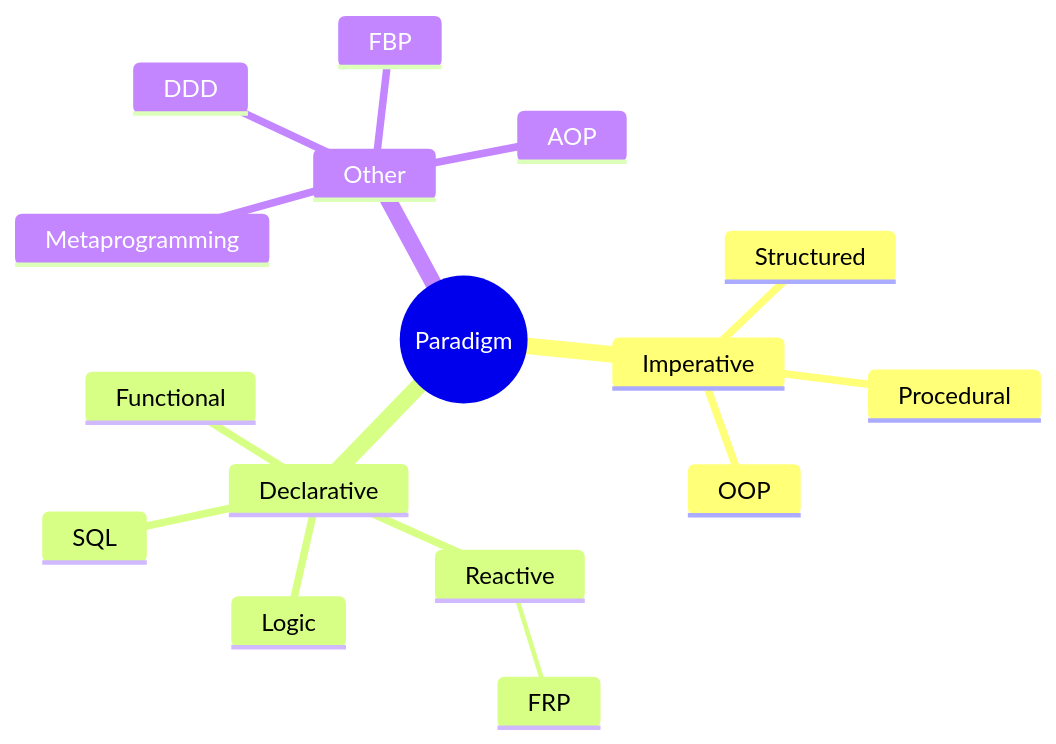
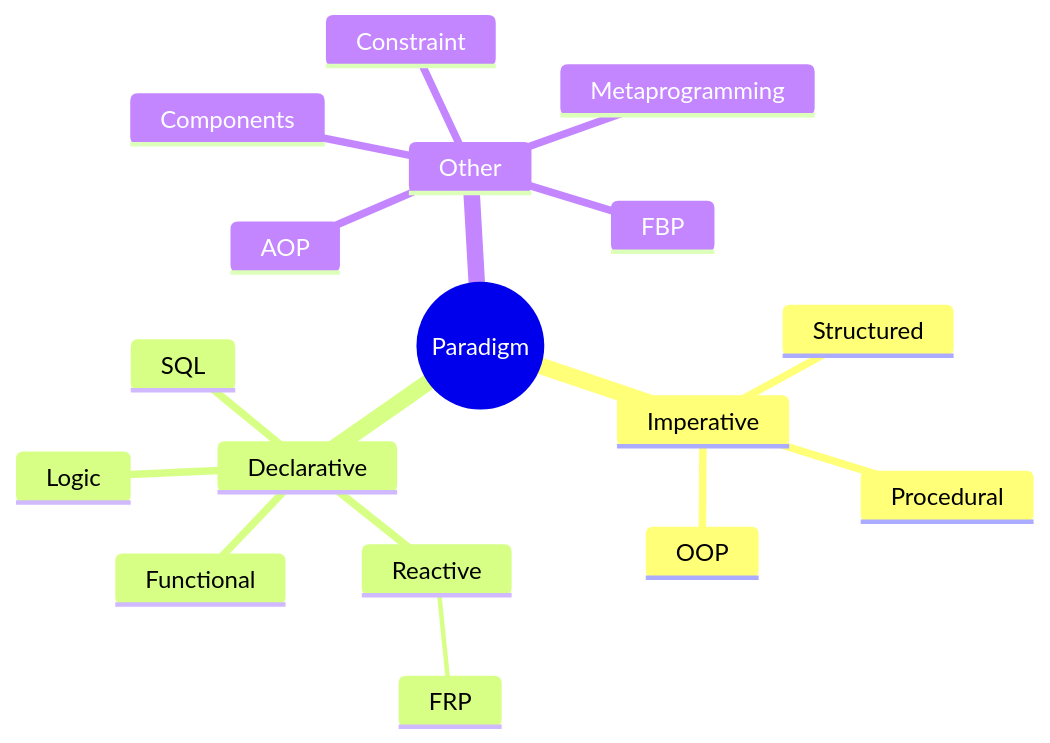
Before and after one commit to arrmagazin/engx: the first of 4 diagrams in docs/05-coding/01-programming-paradigms.md, drawn with Mermaid. The commit also changed other lines of this file, not shown here.

````diff
--- a/docs/05-coding/01-programming-paradigms.md
+++ b/docs/05-coding/01-programming-paradigms.md
@@ -18,19 +18,20 @@
 ```mermaid
 mindmap
   root((Paradigm))
     Imperative
       Structured
       Procedural
       OOP
     Declarative
       Functional
       Reactive
         FRP
       Logic
       SQL
     Other
       Metaprogramming
-      DDD
       AOP
       FBP
+      Constraint
+      Components
 ```
````
